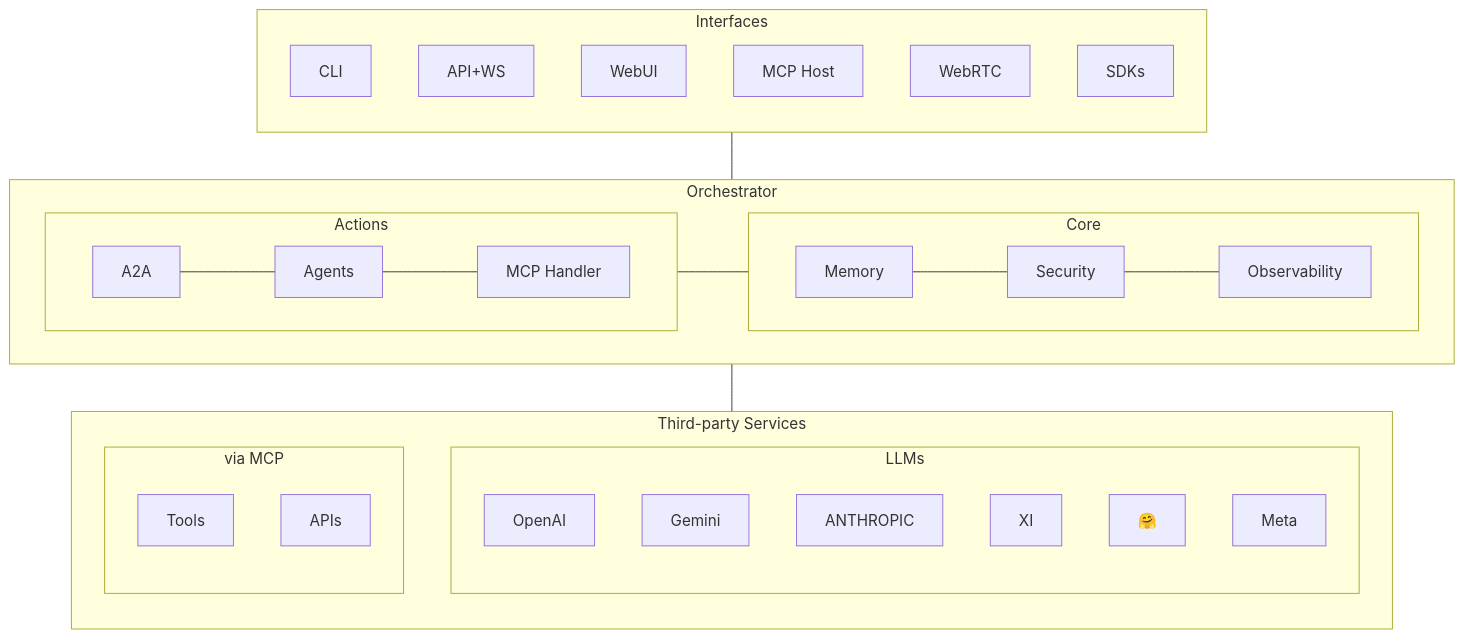
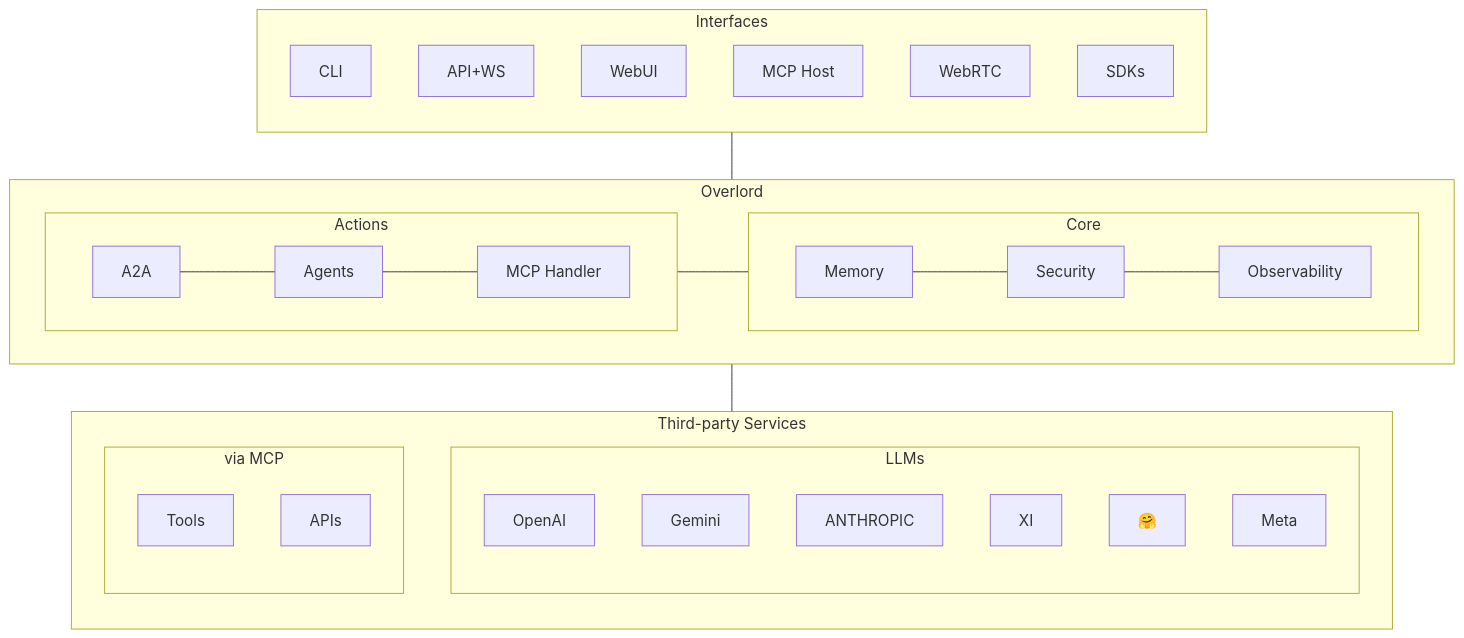
The first of 9 diagrams in Whitepaper.md (muxi-ai/runtime), drawn with Mermaid before and after one commit. The commit also changed other lines of this file and 56 other files, not shown here.

First line of the commit message:
Refactor Orchestrator to Overlord across the codebase

````diff
--- a/Whitepaper.md
+++ b/Whitepaper.md
@@ -94,53 +94,53 @@
 ```mermaid
 flowchart TB
     subgraph Interfaces
         direction TB
         CLI["CLI"]
         API_WS["API+WS"]
         WebUI["WebUI"]
         MCP_Host["MCP Host"]
         WebRTC["WebRTC"]
         SDKs["SDKs"]
     end
 
-    subgraph Orchestrator
+    subgraph Overlord
         direction LR
         subgraph Right ["Actions"]
             direction LR
             A2A["A2A"]
             Agents["Agents"]
             MCP_Handler["MCP Handler"]
         end
         subgraph Left ["Core"]
             direction LR
             Memory["Memory"]
             Security["Security"]
             Observability["Observability"]
         end
     end
 
     subgraph Third_Party_Services["Third-party Services"]
         direction TB
         subgraph LLMs["LLMs"]
             direction TB
             OpenAI["OpenAI"]
             Gemini["Gemini"]
             Anthropic["ANTHROPIC"]
             XI["XI"]
             Hugging_Face["🤗"]
             Meta["Meta"]
         end
 
         subgraph Service_Types["via MCP"]
             direction TB
             Tools["Tools"]
             APIs["APIs"]
         end
     end
 
-    Interfaces --- Orchestrator
-    Orchestrator --- Third_Party_Services
+    Interfaces --- Overlord
+    Overlord --- Third_Party_Services
     Right --- Left
     A2A --- Agents --- MCP_Handler
     Memory --- Security --- Observability
 ```
````
